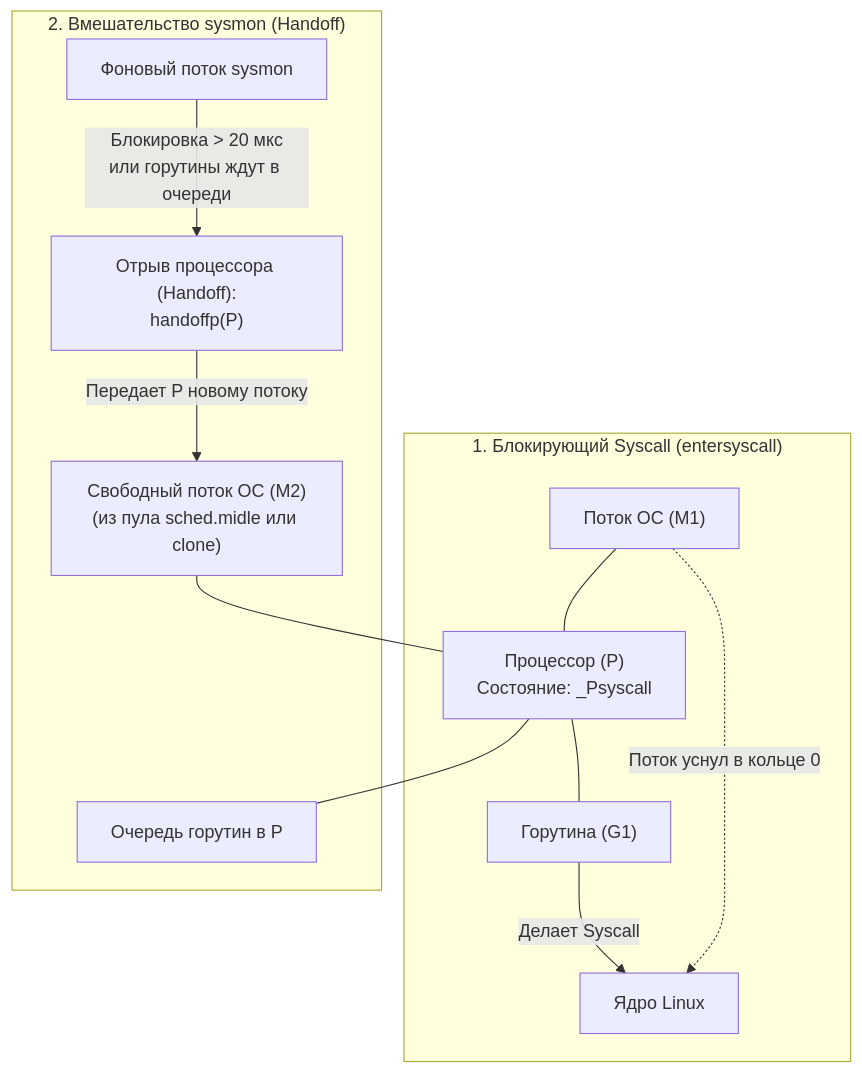
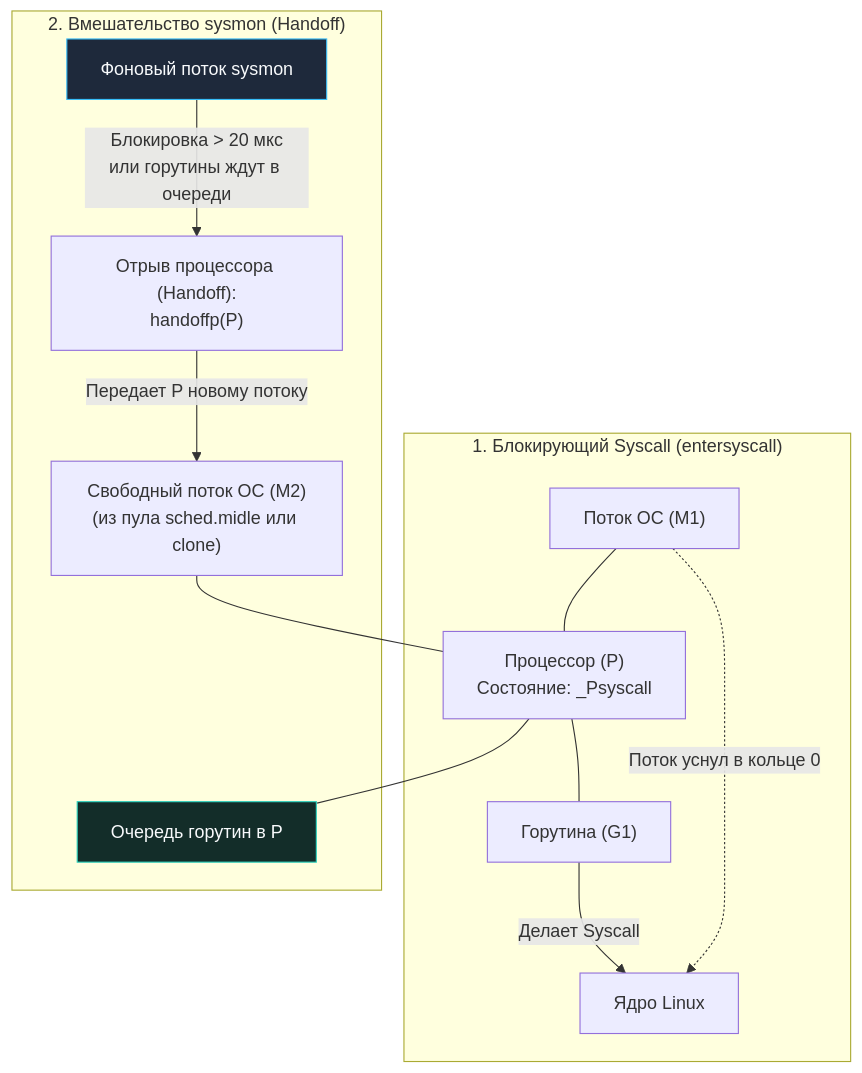
Before and after one commit to UnrealTemplier/go-textbook: the second of 2 diagrams in sources/7. Глубокий Go (Внутреннее устройство)/40. Как runtime обрабатывает системные вызовы.md, drawn with Mermaid. The commit also changed 1666 other files, not shown here.

First line of the commit message:
feat(mermaid): add semantic color classDef to 1369 colorless flowchart/graph diagrams

````diff
--- a/sources/7. Глубокий Go (Внутреннее устройство)/40. Как runtime обрабатывает системные вызовы.md
+++ b/sources/7. Глубокий Go (Внутреннее устройство)/40. Как runtime обрабатывает системные вызовы.md
@@ -86,18 +86,28 @@
 ```mermaid
 flowchart TD
+    classDef process  fill:#1e293b,stroke:#38bdf8,stroke-width:1px,color:#f8fafc
+    classDef success  fill:#064e3b,stroke:#34d399,stroke-width:1px,color:#f8fafc
+    classDef error    fill:#7f1d1d,stroke:#f87171,stroke-width:1px,color:#f8fafc
+    classDef warning  fill:#78350f,stroke:#fbbf24,stroke-width:1px,color:#f8fafc
+    classDef entry    fill:#1e3a5f,stroke:#38bdf8,stroke-width:2px,color:#f8fafc
+    classDef aux      fill:#334155,stroke:#64748b,stroke-width:1px,color:#f8fafc
+    classDef system   fill:#312e81,stroke:#a78bfa,stroke-width:1px,color:#f8fafc
+    classDef data     fill:#132d29,stroke:#2dd4bf,stroke-width:1px,color:#f8fafc
+    classDef network  fill:#881337,stroke:#fb7185,stroke-width:1px,color:#f8fafc
+    classDef accent   fill:#1e1b4b,stroke:#818cf8,stroke-width:1px,color:#f8fafc
     subgraph S1 ["1. Блокирующий Syscall (entersyscall)"]
         M1["Поток ОС (M1)"] --- P["Процессор (P)<br>Состояние: _Psyscall"] --- G1["Горутина (G1)"]
         G1 -->|"Делает Syscall"| KERNEL["Ядро Linux"]
         M1 -.->|"Поток уснул в кольце 0"| KERNEL
     end
 
     subgraph S2 ["2. Вмешательство sysmon (Handoff)"]
-        SYSMON["Фоновый поток sysmon"] -->|"Блокировка > 20 мкс<br>или горутины ждут в очереди"| ACTION["Отрыв процессора (Handoff):<br>handoffp(P)"]
+        SYSMON["Фоновый поток sysmon"]:::process -->|"Блокировка > 20 мкс<br>или горутины ждут в очереди"| ACTION["Отрыв процессора (Handoff):<br>handoffp(P)"]
         
         M2["Свободный поток ОС (M2)<br>(из пула sched.midle или clone)"]
         ACTION -->|"Передает P новому потоку"| M2
         
-        G2["Очередь горутин в P"]
+        G2["Очередь горутин в P"]:::data
         M2 --- P --- G2
     end
 ```
````
